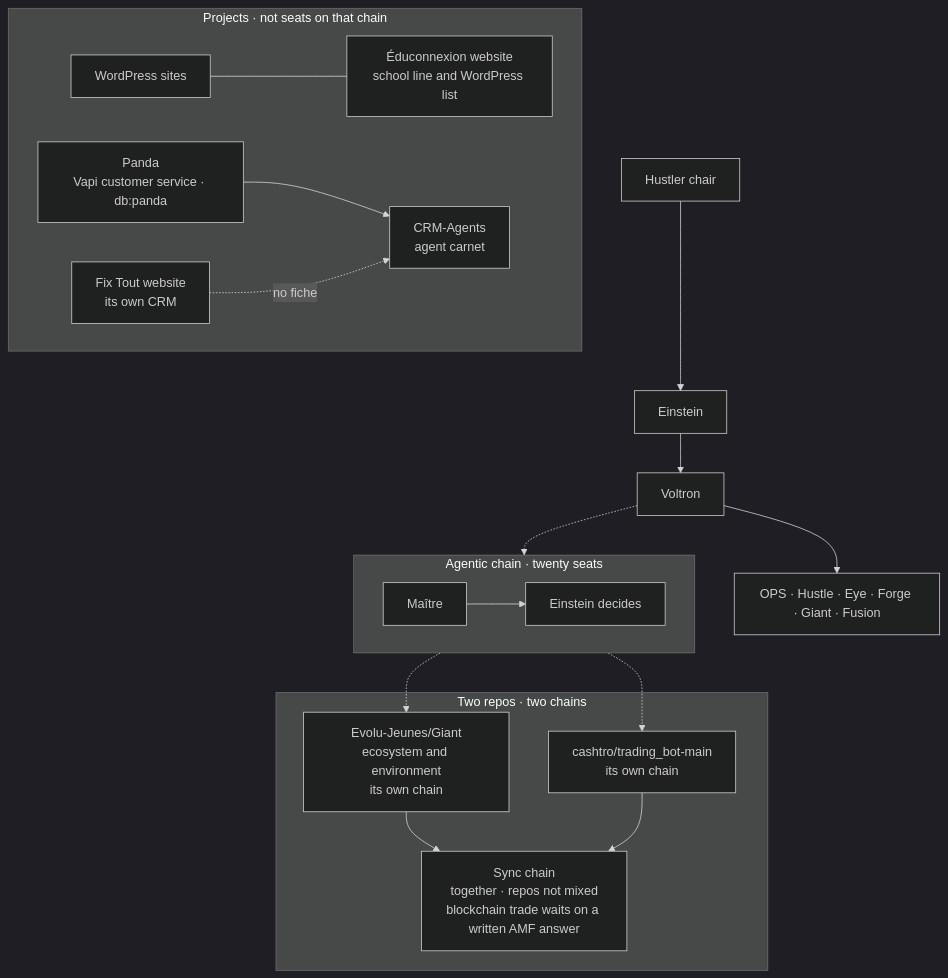
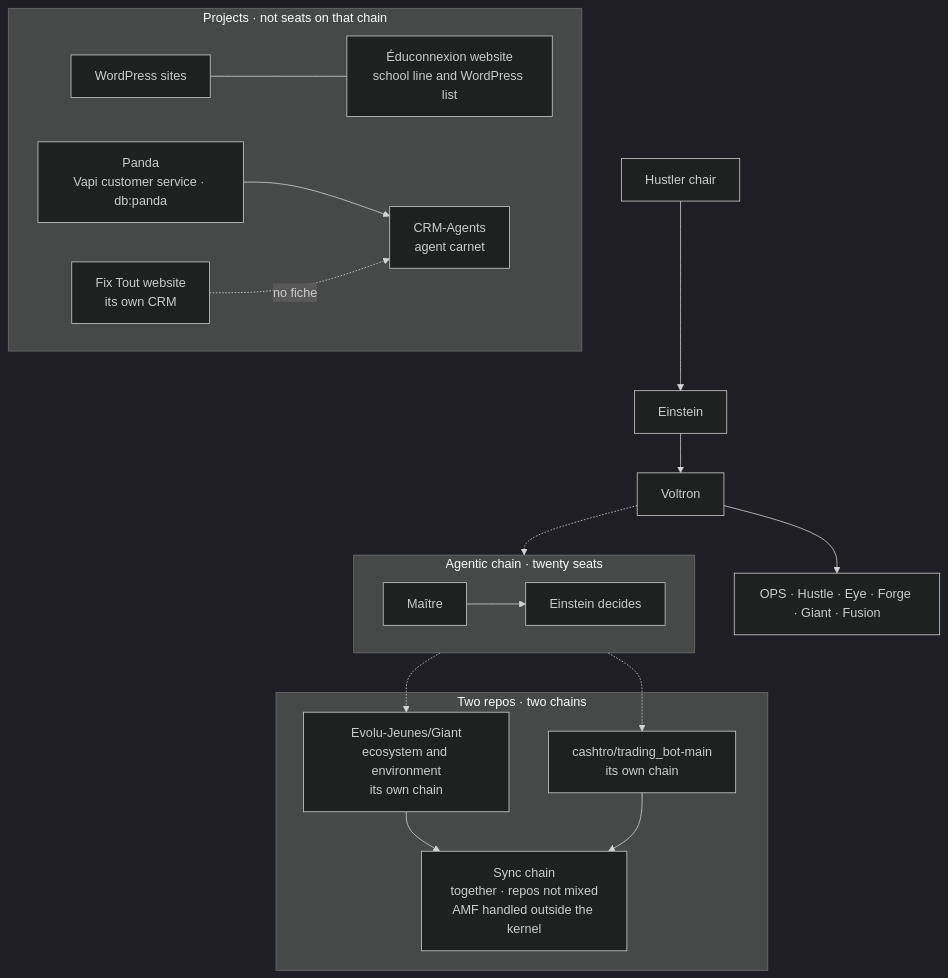
Before and after one commit to cashtro/cashtro: the fourth of 4 diagrams in inventory/GRAPH.md, drawn with Mermaid (dark theme). The commit also changed 12 other files, not shown here.

First line of the commit message:
Stop the trading chain from waiting on an AMF approval.

````diff
--- a/inventory/GRAPH.md
+++ b/inventory/GRAPH.md
@@ -98,33 +98,33 @@
 ```mermaid
 flowchart TB
   hustler[Hustler chair] --> einstein[Einstein]
   einstein --> voltron[Voltron]
   voltron --> layers["OPS · Hustle · Eye · Forge · Giant · Fusion"]
 
   subgraph chain [Agentic chain · twenty seats]
     maitre[Maître] --> einstein2[Einstein decides]
   end
   voltron -.-> chain
 
   subgraph projects [Projects · not seats on that chain]
     wp[WordPress sites]
     edu["Éduconnexion website<br/>school line and WordPress list"]
     panda["Panda<br/>Vapi customer service · db:panda"]
     carnet["CRM-Agents<br/>agent carnet"]
     fix["Fix Tout website<br/>its own CRM"]
   end
 
   subgraph pair [Two repos · two chains]
     giant["Evolu-Jeunes/Giant<br/>ecosystem and environment<br/>its own chain"]
     bot["cashtro/trading_bot-main<br/>its own chain"]
-    sync["Sync chain<br/>together · repos not mixed<br/>blockchain trade waits on a written AMF answer"]
+    sync["Sync chain<br/>together · repos not mixed<br/>AMF handled outside the kernel"]
   end
 
   giant --> sync
   bot --> sync
   chain -.-> giant
   chain -.-> bot
   wp --- edu
   panda --> carnet
   fix -. no fiche .-> carnet
 ```
````
